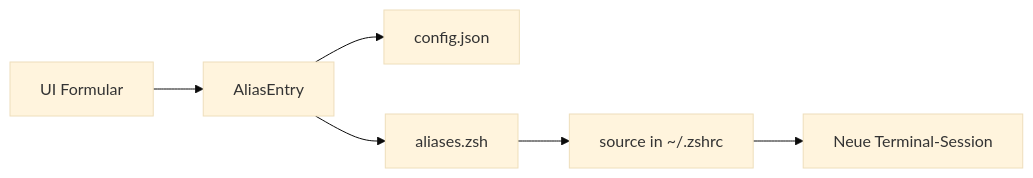
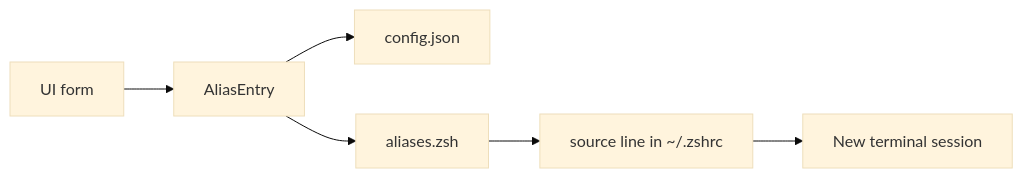
The second of 7 diagrams in mac_src/docs/ARCHITECTURE.md (hannesgnann-hub/easyalias), drawn with Mermaid (base theme) before and after one commit. The commit also changed other lines of this file and 2 other files, not shown here.

````diff
--- a/mac_src/docs/ARCHITECTURE.md
+++ b/mac_src/docs/ARCHITECTURE.md
@@ -50,15 +50,15 @@
 ```mermaid
 flowchart LR
-  Form["UI Formular"]
+  Form["UI form"]
   Entry["AliasEntry"]
   Config["config.json"]
   Generated["aliases.zsh"]
-  Source["source in ~/.zshrc"]
-  Terminal["Neue Terminal-Session"]
+  Source["source line in ~/.zshrc"]
+  Terminal["New terminal session"]
 
   Form --> Entry
   Entry --> Config
   Entry --> Generated
   Generated --> Source
   Source --> Terminal
 ```
````
